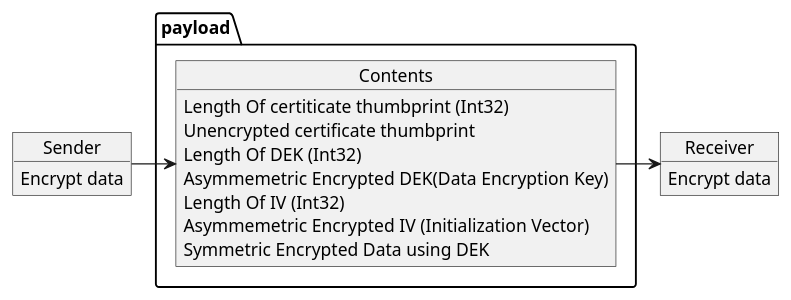
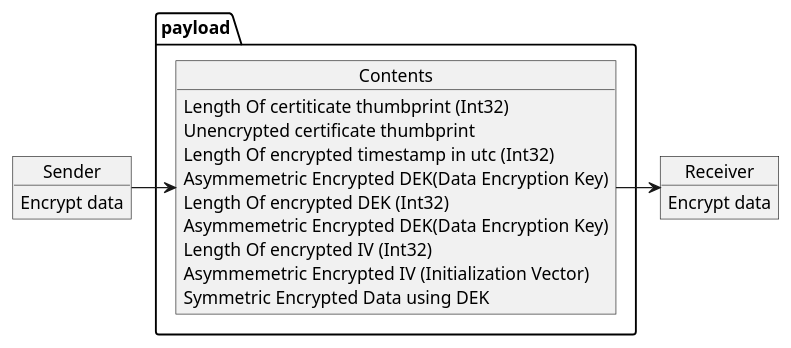
The diagram in diagrams/timestamp.puml (vplusplus/Org.Security.Cryptography.X509Extensions), drawn with PlantUML before and after one commit. The commit also changed 6 other files, not shown here.

```diff
--- a/diagrams/timestamp.puml
+++ b/diagrams/timestamp.puml
@@ -1,21 +1,23 @@
 @startuml
 object Sender {
     Encrypt data
 }
 package payload {
     object Contents{
         Length Of certiticate thumbprint (Int32)
         Unencrypted certificate thumbprint
-        Length Of DEK (Int32)
+        Length Of encrypted timestamp in utc (Int32)
+        Asymmemetric Encrypted DEK(Data Encryption Key)
+        Length Of encrypted DEK (Int32)
         Asymmemetric Encrypted DEK(Data Encryption Key)  
-        Length Of IV (Int32)
+        Length Of encrypted IV (Int32)
         Asymmemetric Encrypted IV (Initialization Vector)
         Symmetric Encrypted Data using DEK
     }
 }
 object Receiver {
     Encrypt data
 }
 Sender -right-> Contents
 Contents -right-> Receiver
 @enduml
```
